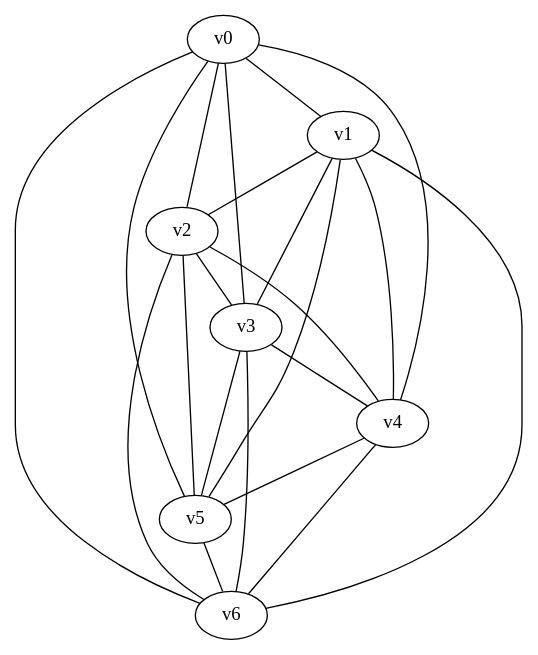
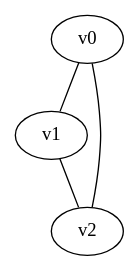
One commit to jo20046/graphen changed the diagram in cmake-build-debug/aus_kantentabelle.gv. Above: the diagram before and after it, drawn with Graphviz. The commit also changed 8 other files, not shown here.

```diff
--- a/cmake-build-debug/aus_kantentabelle.gv
+++ b/cmake-build-debug/aus_kantentabelle.gv
@@ -1,23 +1,5 @@
 graph {
   v0 -- v1
   v0 -- v2
-  v0 -- v3
-  v0 -- v4
-  v0 -- v5
-  v0 -- v6
   v1 -- v2
-  v1 -- v3
-  v1 -- v4
-  v1 -- v5
-  v1 -- v6
-  v2 -- v3
-  v2 -- v4
-  v2 -- v5
-  v2 -- v6
-  v3 -- v4
-  v3 -- v5
-  v3 -- v6
-  v4 -- v5
-  v4 -- v6
-  v5 -- v6
 }
```
